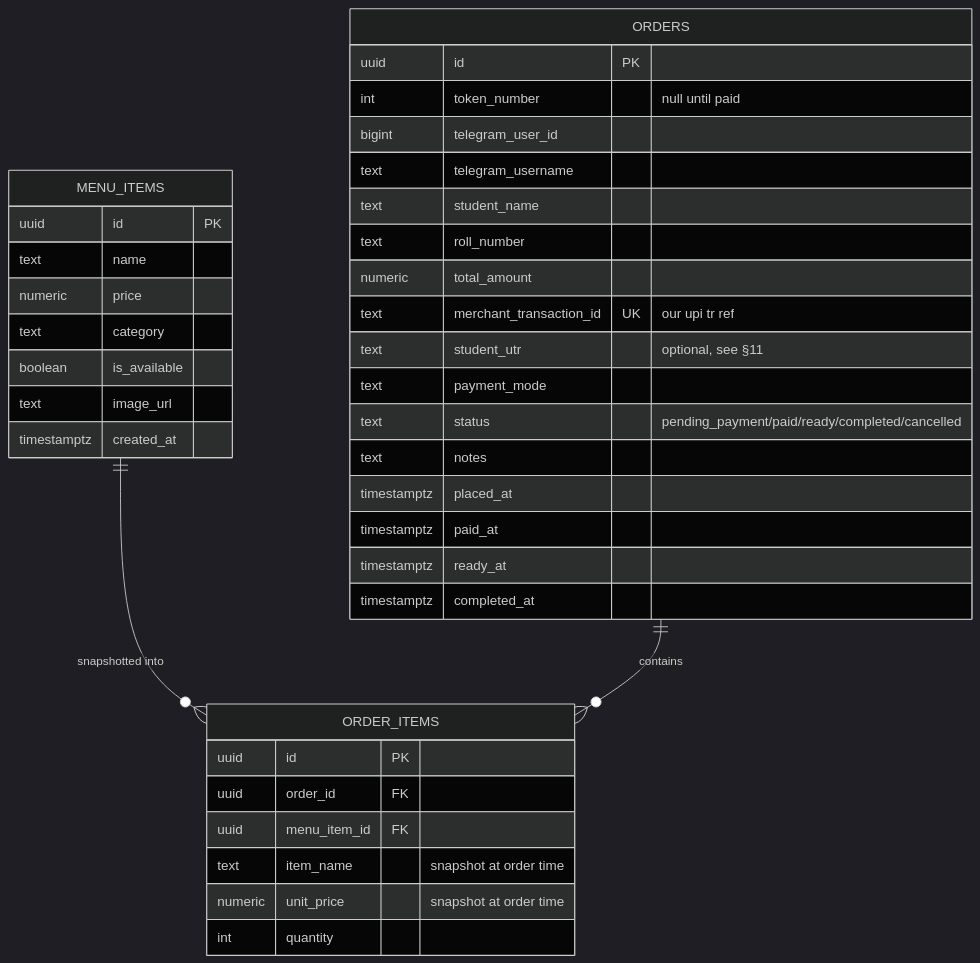
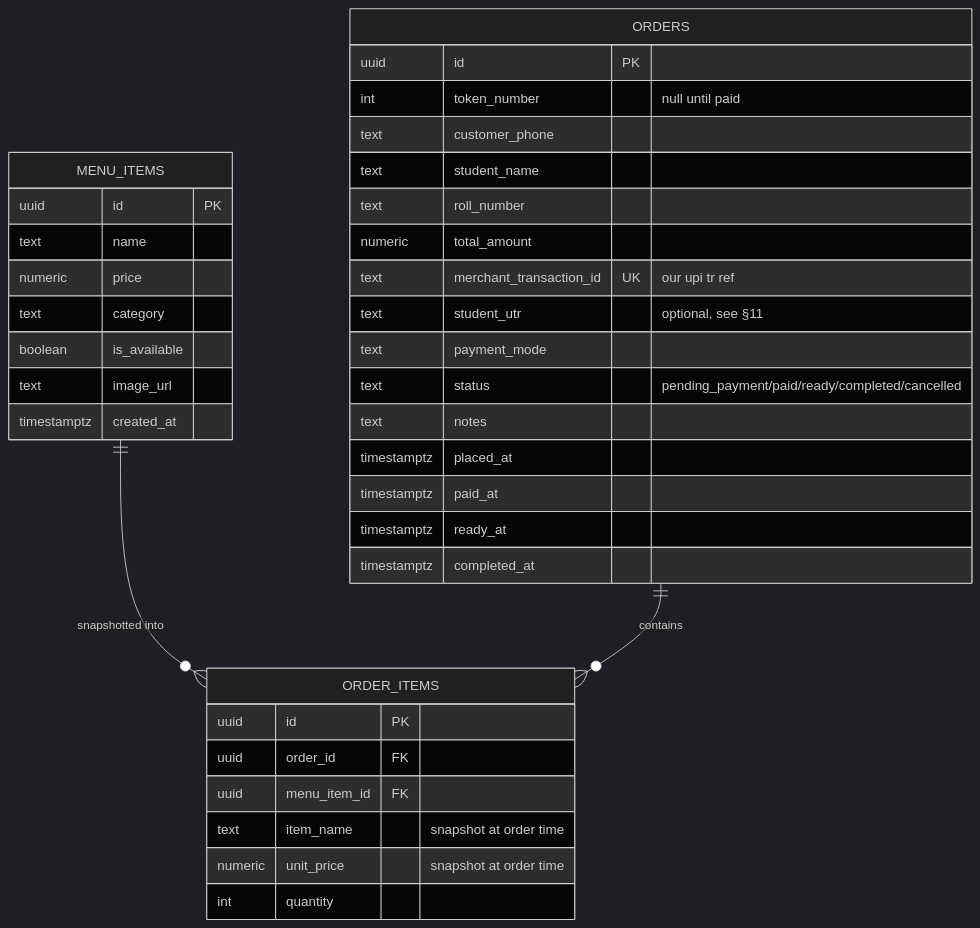
Before and after one commit to shreyas7ss/CanteenPro: the diagram in README.md, drawn with Mermaid (dark theme). The commit also changed other lines of this file and 15 other files, not shown here.

````diff
--- a/README.md
+++ b/README.md
@@ -9,43 +10,42 @@
 ```mermaid
 erDiagram
     MENU_ITEMS ||--o{ ORDER_ITEMS : "snapshotted into"
     ORDERS ||--o{ ORDER_ITEMS : "contains"
 
     MENU_ITEMS {
         uuid id PK
         text name
         numeric price
         text category
         boolean is_available
         text image_url
         timestamptz created_at
     }
 
     ORDERS {
         uuid id PK
         int token_number "null until paid"
-        bigint telegram_user_id
-        text telegram_username
+        text customer_phone
         text student_name
         text roll_number
         numeric total_amount
         text merchant_transaction_id UK "our upi tr ref"
         text student_utr "optional, see §11"
         text payment_mode
         text status "pending_payment/paid/ready/completed/cancelled"
         text notes
         timestamptz placed_at
         timestamptz paid_at
         timestamptz ready_at
         timestamptz completed_at
     }
 
     ORDER_ITEMS {
         uuid id PK
         uuid order_id FK
         uuid menu_item_id FK
         text item_name "snapshot at order time"
         numeric unit_price "snapshot at order time"
         int quantity
     }
 ```
````
